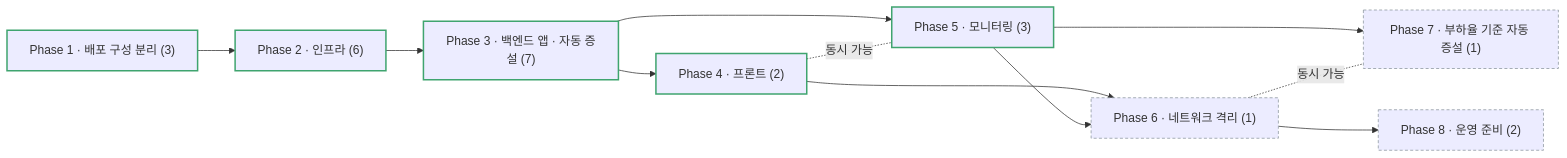
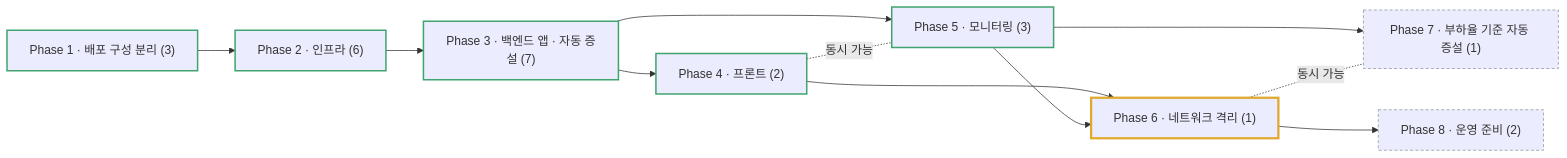
One commit to HaSungJe/deskless changed the diagram in .beaver/output/roadmap/k8s-roadmap.md. Above: the diagram before and after it, drawn with Mermaid. The commit also changed other lines of this file and 18 other files, not shown here.

````diff
--- a/.beaver/output/roadmap/k8s-roadmap.md
+++ b/.beaver/output/roadmap/k8s-roadmap.md
@@ -9,16 +9,16 @@
 ```mermaid
 flowchart LR
   P1["Phase 1 · 배포 구성 분리 (3)"]:::done --> P2["Phase 2 · 인프라 (6)"]:::done
   P2 --> P3["Phase 3 · 백엔드 앱 · 자동 증설 (7)"]:::done
   P3 --> P4["Phase 4 · 프론트 (2)"]:::done
   P3 --> P5["Phase 5 · 모니터링 (3)"]:::done
   P4 -. 동시 가능 .- P5
-  P4 --> P6["Phase 6 · 네트워크 격리 (1)"]:::todo
+  P4 --> P6["Phase 6 · 네트워크 격리 (1)"]:::inprog
   P5 --> P6
   P5 --> P7["Phase 7 · 부하율 기준 자동 증설 (1)"]:::todo
   P6 -. 동시 가능 .- P7
   P6 --> P8["Phase 8 · 운영 준비 (2)"]:::todo
   classDef done stroke:#3fa46f,stroke-width:2px
   classDef inprog stroke:#e0a82e,stroke-width:3px
   classDef todo stroke:#8a949c,stroke-width:1px,stroke-dasharray:4 3
 ```
````
